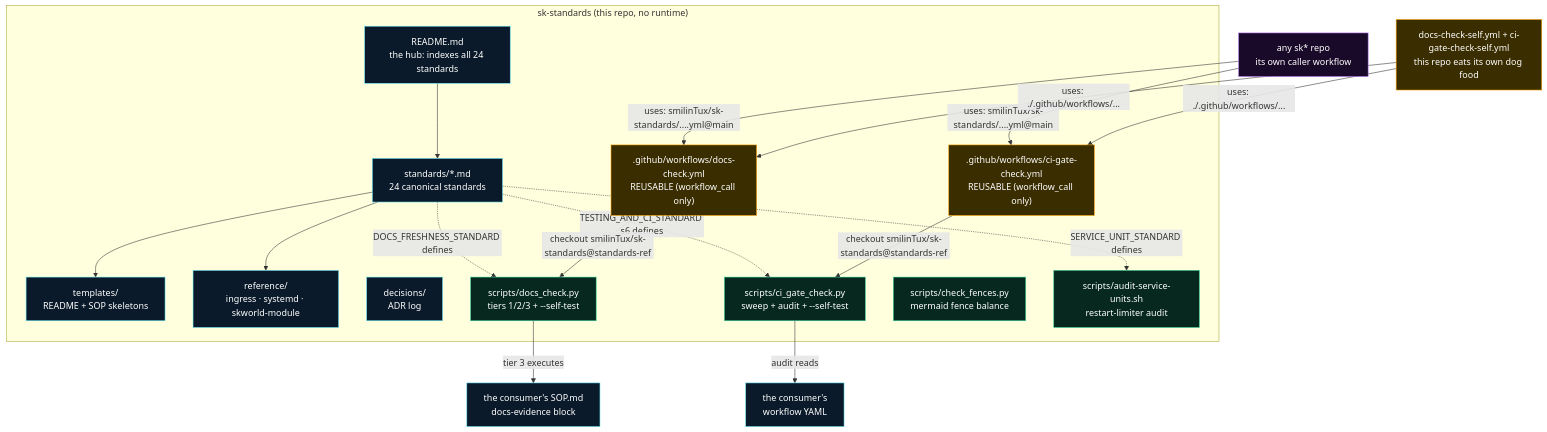
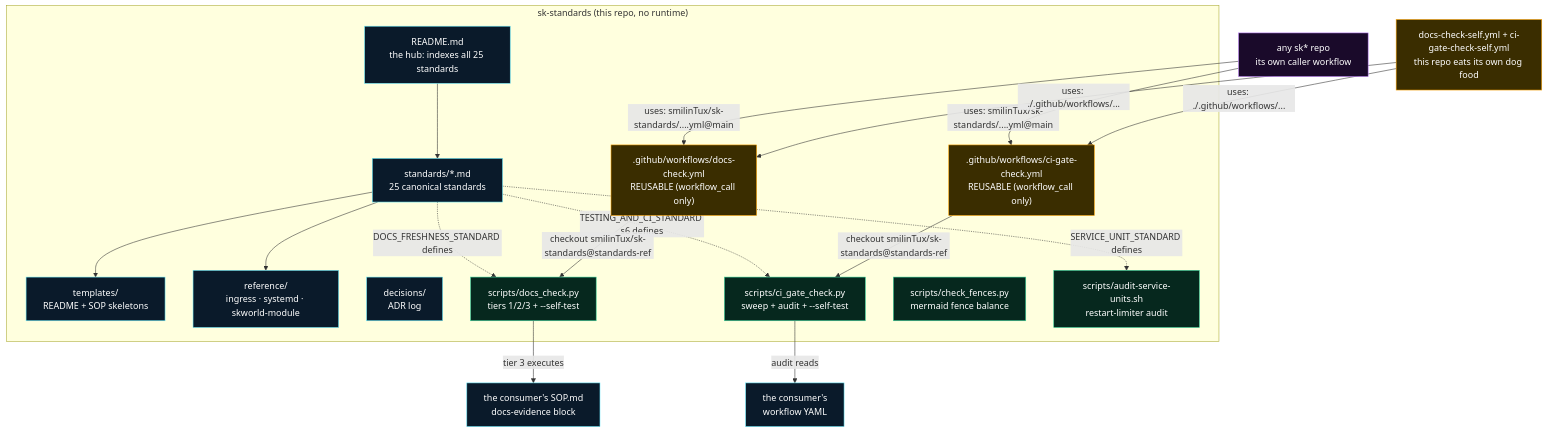
One commit to smilinTux/sk-standards changed the first of 2 diagrams in SOP.md. Above: the diagram before and after it, drawn with Mermaid. The commit also changed other lines of this file and 4 other files, not shown here.

````diff
--- a/SOP.md
+++ b/SOP.md
@@ -59,39 +59,39 @@
 ```mermaid
 flowchart TD
     subgraph skstd["sk-standards (this repo, no runtime)"]
-      README["README.md<br/>the hub: indexes all 24 standards"]:::doc
-      STD["standards/*.md<br/>24 canonical standards"]:::doc
+      README["README.md<br/>the hub: indexes all 25 standards"]:::doc
+      STD["standards/*.md<br/>25 canonical standards"]:::doc
       TPL["templates/<br/>README + SOP skeletons"]:::doc
       REF["reference/<br/>ingress · systemd · skworld-module"]:::doc
       ADR["decisions/<br/>ADR log"]:::doc
       DC["scripts/docs_check.py<br/>tiers 1/2/3 + --self-test"]:::val
       CG["scripts/ci_gate_check.py<br/>sweep + audit + --self-test"]:::val
       CF["scripts/check_fences.py<br/>mermaid fence balance"]:::val
       AU["scripts/audit-service-units.sh<br/>restart-limiter audit"]:::val
       RW[".github/workflows/docs-check.yml<br/>REUSABLE (workflow_call only)"]:::gate
       RC[".github/workflows/ci-gate-check.yml<br/>REUSABLE (workflow_call only)"]:::gate
     end
 
     SELF["docs-check-self.yml + ci-gate-check-self.yml<br/>this repo eats its own dog food"]:::gate
     CONS["any sk* repo<br/>its own caller workflow"]:::consumer
 
     README --> STD
     STD --> TPL
     STD --> REF
     STD -. "DOCS_FRESHNESS_STANDARD defines" .-> DC
     STD -. "TESTING_AND_CI_STANDARD s6 defines" .-> CG
     STD -. "SERVICE_UNIT_STANDARD defines" .-> AU
     RW -->|"checkout smilinTux/sk-standards@standards-ref"| DC
     RC -->|"checkout smilinTux/sk-standards@standards-ref"| CG
     CONS -->|"uses: smilinTux/sk-standards/....yml@main"| RW
     CONS -->|"uses: smilinTux/sk-standards/....yml@main"| RC
     SELF -->|"uses: ./.github/workflows/..."| RW
     SELF -->|"uses: ./.github/workflows/..."| RC
     DC -->|"tier 3 executes"| EV["the consumer's SOP.md<br/>docs-evidence block"]:::doc
     CG -->|"audit reads"| WF["the consumer's<br/>workflow YAML"]:::doc
 
     classDef doc fill:#0a1a2a,stroke:#67e8f9,color:#fff;
     classDef val fill:#06281e,stroke:#34d399,color:#fff;
     classDef gate fill:#3a2d00,stroke:#ffa500,color:#fff;
     classDef consumer fill:#1a0a2a,stroke:#c084fc,color:#fff;
 ```
````
